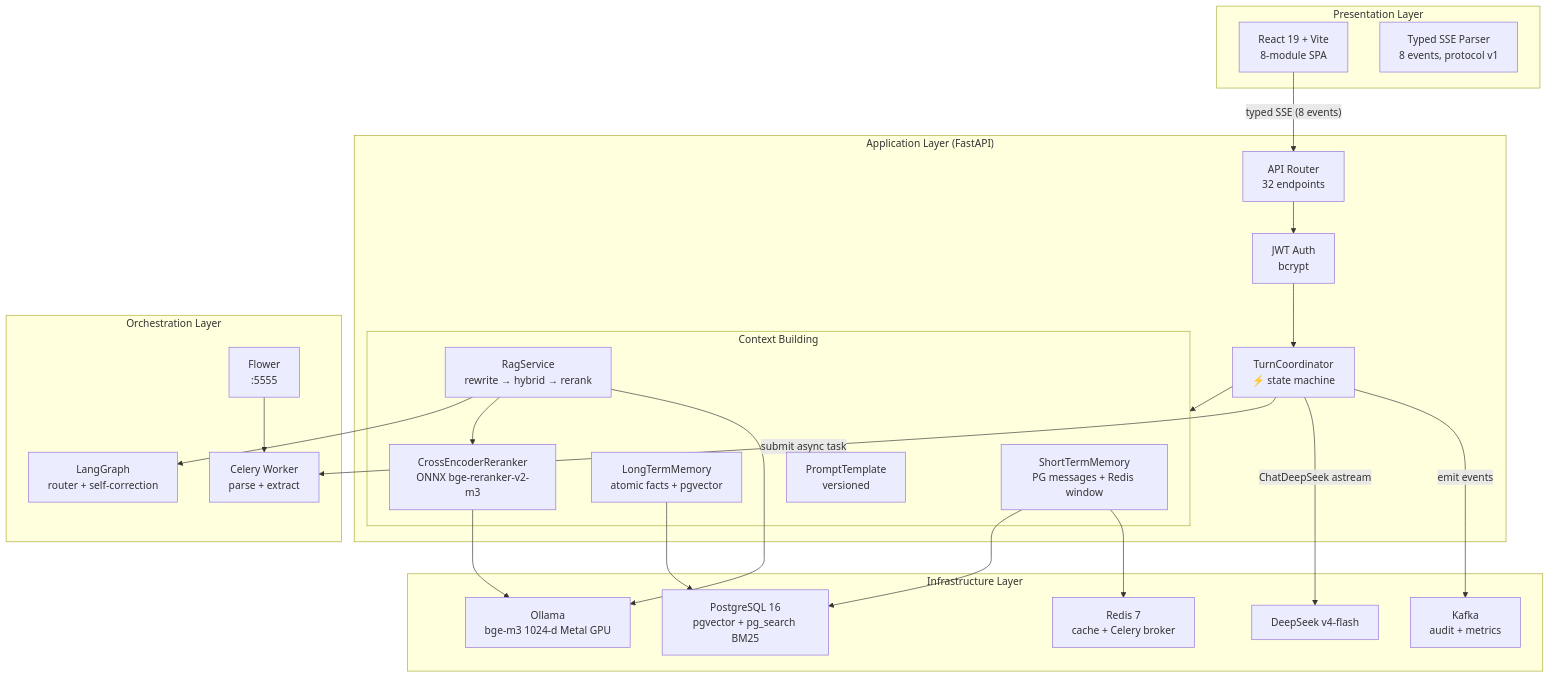
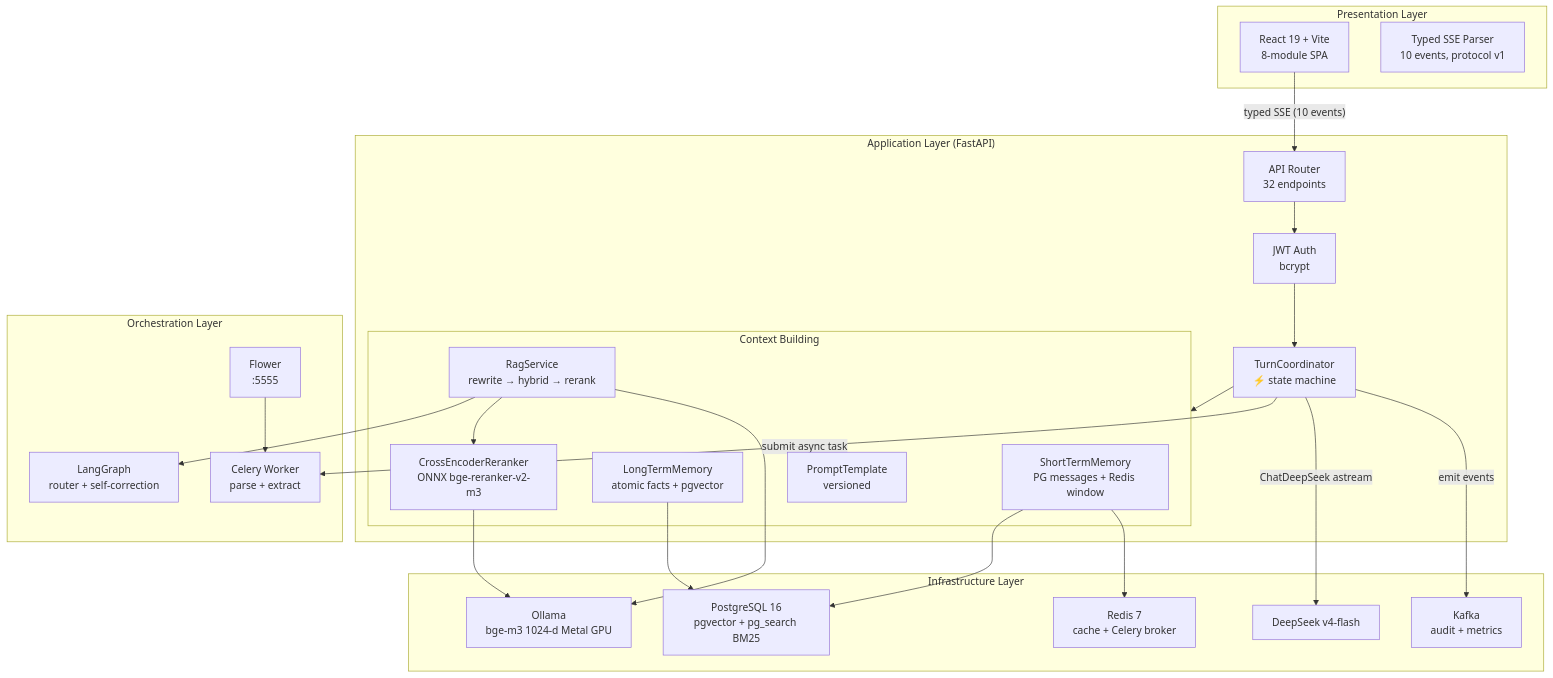
One commit to KevinDeng-0411/CodeAware changed the first of 4 diagrams in README.md. Above: the diagram before and after it, drawn with Mermaid. The commit also changed other lines of this file and 5 other files, not shown here.

````diff
--- a/README.md
+++ b/README.md
@@ -123,51 +124,51 @@
 ```mermaid
 graph TB
     subgraph Presentation["Presentation Layer"]
         React["React 19 + Vite<br/>8-module SPA"]
-        SSE["Typed SSE Parser<br/>8 events, protocol v1"]
+        SSE["Typed SSE Parser<br/>10 events, protocol v1"]
     end
 
     subgraph Application["Application Layer (FastAPI)"]
         Router["API Router<br/>32 endpoints"]
         Auth["JWT Auth<br/>bcrypt"]
         TC["TurnCoordinator<br/>⚡ state machine"]
 
         subgraph Context["Context Building"]
             STM["ShortTermMemory<br/>PG messages + Redis window"]
             LTM["LongTermMemory<br/>atomic facts + pgvector"]
             RAG["RagService<br/>rewrite → hybrid → rerank"]
             RR["CrossEncoderReranker<br/>ONNX bge-reranker-v2-m3"]
             PT["PromptTemplate<br/>versioned"]
         end
     end
 
     subgraph Orchestration["Orchestration Layer"]
         LG["LangGraph<br/>router + self-correction"]
         Celery["Celery Worker<br/>parse + extract"]
         Flower["Flower<br/>:5555"]
     end
 
     subgraph Infrastructure["Infrastructure Layer"]
         PG["PostgreSQL 16<br/>pgvector + pg_search BM25"]
         Redis["Redis 7<br/>cache + Celery broker"]
         Kafka["Kafka<br/>audit + metrics"]
         Ollama["Ollama<br/>bge-m3 1024-d Metal GPU"]
         DS["DeepSeek v4-flash"]
     end
 
-    React -->|"typed SSE (8 events)"| Router
+    React -->|"typed SSE (10 events)"| Router
     Router --> Auth
     Auth --> TC
     TC --> Context
     RAG --> LG
     RAG --> RR
     TC -->|"submit async task"| Celery
     Flower --> Celery
     STM --> PG
     STM --> Redis
     LTM --> PG
     RR --> Ollama
     RAG --> Ollama
     TC -->|"ChatDeepSeek astream"| DS
     TC -->|"emit events"| Kafka
 ```
````
